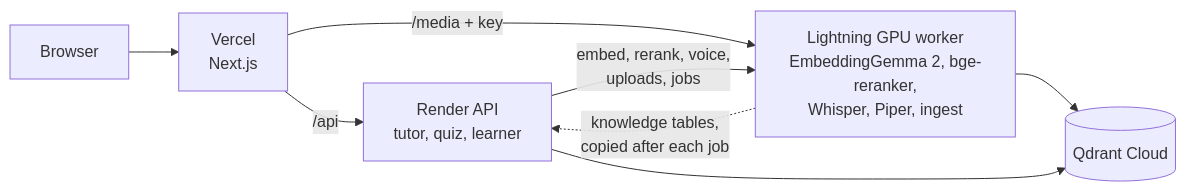
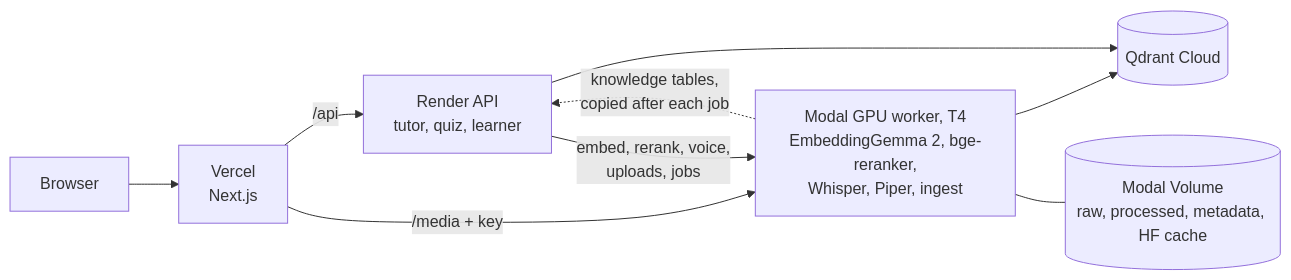
One commit to Aryan1092raj/Loopers changed the fourth of 4 diagrams in README.md. Above: the diagram before and after it, drawn with Mermaid. The commit also changed other lines of this file, not shown here.

Commit message:
Update README to reflect Modal GPU worker deployment; enhance setup instructions and coverage status

````diff
--- a/README.md
+++ b/README.md
@@ -102,10 +102,11 @@
 ```mermaid
 flowchart LR
     B[Browser] --> V[Vercel<br/>Next.js]
     V -->|/api| R[Render API<br/>tutor, quiz, learner]
-    V -->|/media + key| W[Lightning GPU worker<br/>EmbeddingGemma 2, bge-reranker,<br/>Whisper, Piper, ingest]
+    V -->|/media + key| W[Modal GPU worker, T4<br/>EmbeddingGemma 2, bge-reranker,<br/>Whisper, Piper, ingest]
     R -->|embed, rerank, voice,<br/>uploads, jobs| W
     W --> Q[(Qdrant Cloud)]
     R --> Q
+    W --- VOL[(Modal Volume<br/>raw, processed, metadata, HF cache)]
     W -.->|knowledge tables,<br/>copied after each job| R
 ```
````
